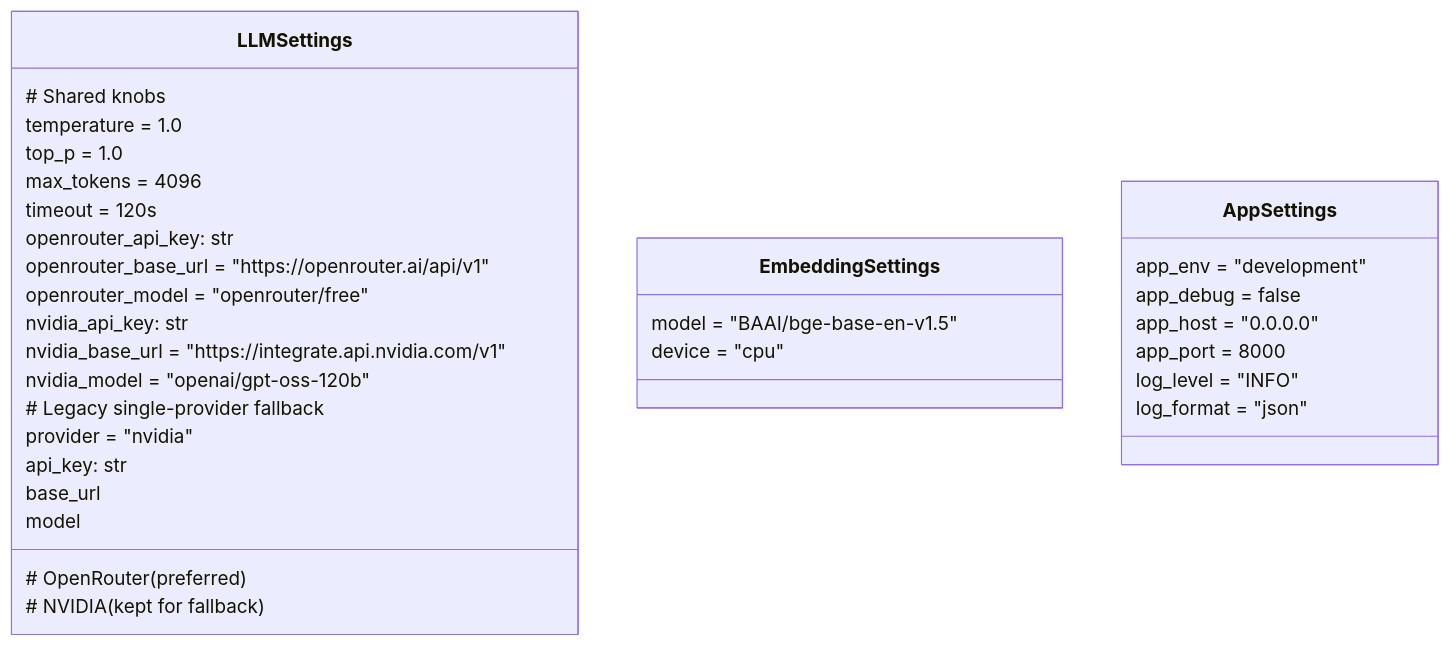
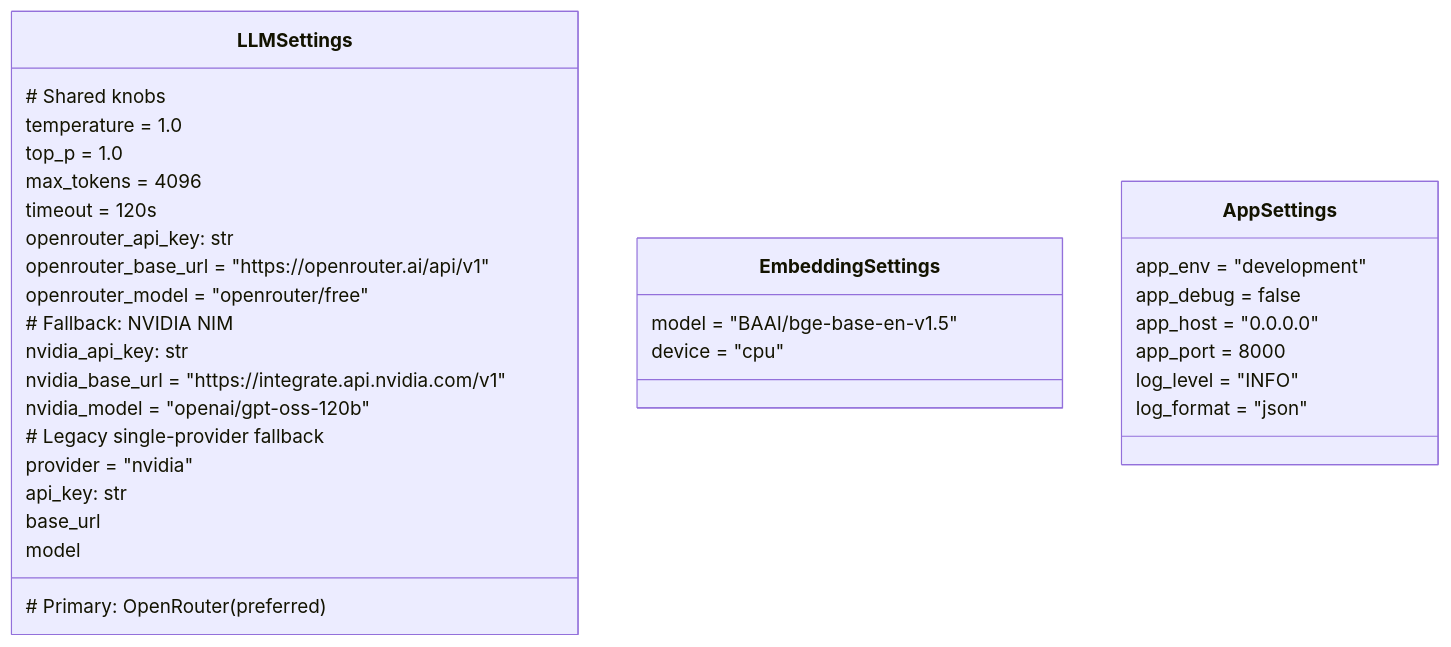
The seventh of 7 diagrams in README.md (obeidallahnouicer/resumeoptimiser), drawn with Mermaid before and after one commit. The commit also changed other lines of this file, not shown here.

````diff
--- a/README.md
+++ b/README.md
@@ -548,38 +575,38 @@
 ```mermaid
 classDiagram
     class LLMSettings {
         # Shared knobs
         temperature = 1.0
         top_p = 1.0
         max_tokens = 4096
         timeout = 120s
 
-        # OpenRouter (preferred)
+        # Primary: OpenRouter (preferred)
         openrouter_api_key: str
         openrouter_base_url = "https://openrouter.ai/api/v1"
         openrouter_model = "openrouter/free"
 
-        # NVIDIA (kept for fallback)
+        # Fallback: NVIDIA NIM
         nvidia_api_key: str
         nvidia_base_url = "https://integrate.api.nvidia.com/v1"
         nvidia_model = "openai/gpt-oss-120b"
 
         # Legacy single-provider fallback
         provider = "nvidia"
         api_key: str
         base_url
         model
     }
     class EmbeddingSettings {
         model = "BAAI/bge-base-en-v1.5"
         device = "cpu"
     }
     class AppSettings {
         app_env = "development"
         app_debug = false
         app_host = "0.0.0.0"
         app_port = 8000
         log_level = "INFO"
         log_format = "json"
     }
 ```
````
